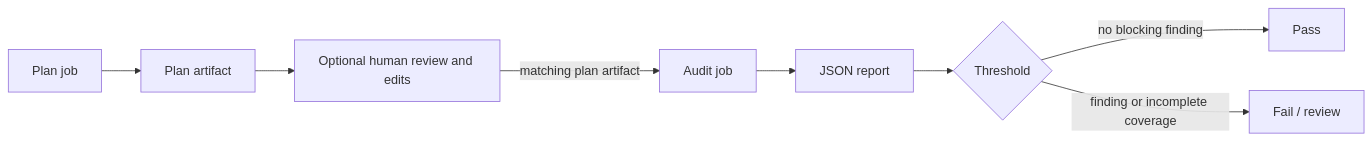
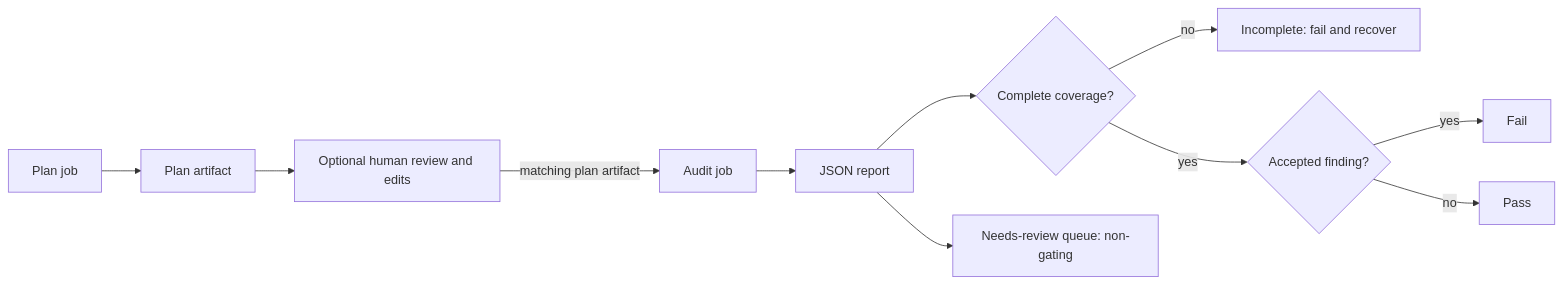
Before and after one commit to sebastianwessel/audit: the diagram in docs/02-getting-started/ci-cd.md, drawn with Mermaid. The commit also changed other lines of this file and 2199 other files, not shown here.

Commit message:
refactor: establish audit architecture baseline

```diff
--- a/docs/02-getting-started/ci-cd.md
+++ b/docs/02-getting-started/ci-cd.md
@@ -5,10 +5,13 @@
 ~~~mermaid
 flowchart LR
   P[Plan job] --> A[Plan artifact]
   A --> R[Optional human review and edits]
   R -->|matching plan artifact| T[Audit job]
   T --> J[JSON report]
-  J --> G{Threshold}
-  G -->|no blocking finding| OK[Pass]
-  G -->|finding or incomplete coverage| FAIL[Fail / review]
+  J --> C{Complete coverage?}
+  C -->|no| I[Incomplete: fail and recover]
+  C -->|yes| F{Accepted finding?}
+  F -->|yes| FAIL[Fail]
+  F -->|no| OK[Pass]
+  J --> RQ[Needs-review queue: non-gating]
 ~~~
```
